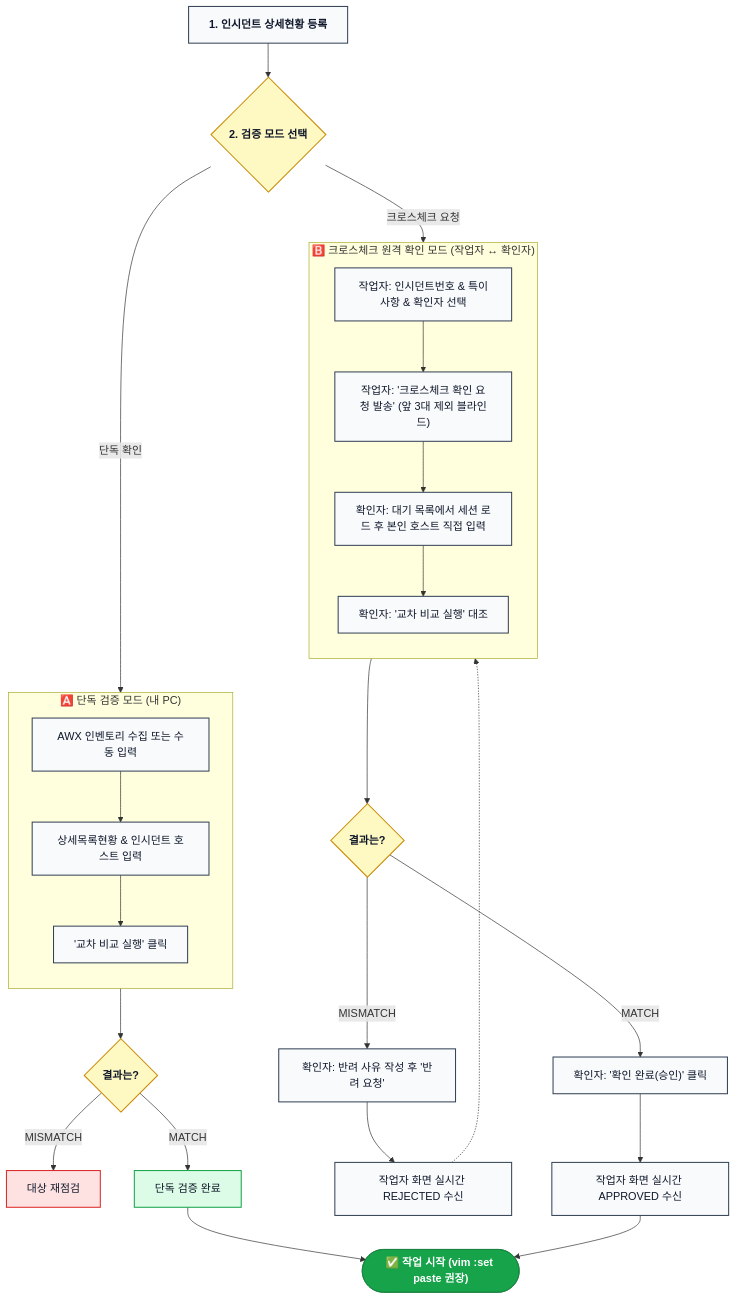
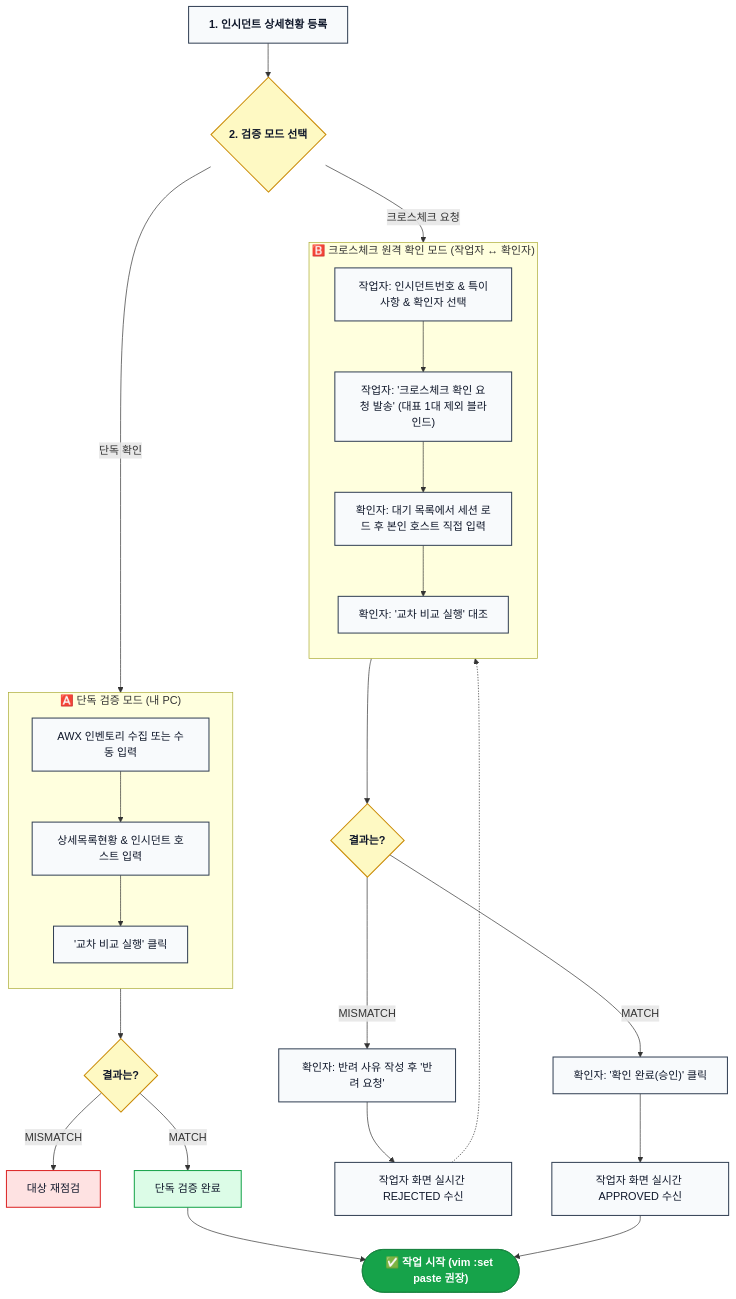
The diagram in README.md (qazx2675/myrepo), drawn with Mermaid before and after one commit. The commit also changed other lines of this file and 24 other files, not shown here.

````diff
--- a/README.md
+++ b/README.md
@@ -200,54 +203,54 @@
 ```mermaid
 flowchart TD
     S["<b>1. 인시던트 상세현황 등록</b>"] --> MODE{"<b>2. 검증 모드 선택</b>"}
 
     %% 단독 모드
     subgraph SINGLE ["🅰️ 단독 검증 모드 (내 PC)"]
         direction TB
         S1["AWX 인벤토리 수집 또는 수동 입력"]
         S2["상세목록현황 & 인시던트 호스트 입력"]
         S3["'교차 비교 실행' 클릭"]
         S1 --> S2 --> S3
     end
 
     %% 크로스체크 모드
     subgraph CROSS ["🅱️ 크로스체크 원격 확인 모드 (작업자 ↔ 확인자)"]
         direction TB
         C1["작업자: 인시던트번호 & 특이사항 & 확인자 선택"]
-        C2["작업자: '크로스체크 확인 요청 발송' (앞 3대 제외 블라인드)"]
+        C2["작업자: '크로스체크 확인 요청 발송' (대표 1대 제외 블라인드)"]
         C3["확인자: 대기 목록에서 세션 로드 후 본인 호스트 직접 입력"]
         C4["확인자: '교차 비교 실행' 대조"]
         C1 --> C2 --> C3 --> C4
     end
 
     MODE -->|"단독 확인"| S1
     MODE -->|"크로스체크 요청"| C1
 
     S3 --> RES1{"<b>결과는?</b>"}
     C4 --> RES2{"<b>결과는?</b>"}
 
     RES1 -->|"MISMATCH"| RETRY1["대상 재점검"]
     RES1 -->|"MATCH"| OK1["단독 검증 완료"]
 
     RES2 -->|"MISMATCH"| REJECT["확인자: 반려 사유 작성 후 '반려 요청'"]
     REJECT --> W_NOTIFY["작업자 화면 실시간 REJECTED 수신"]
     W_NOTIFY -.-> C1
 
     RES2 -->|"MATCH"| APPROVE["확인자: '확인 완료(승인)' 클릭"]
     APPROVE --> W_APPROVE["작업자 화면 실시간 APPROVED 수신"]
 
     OK1 --> DONE(["<b>✅ 작업 시작 (vim :set paste 권장)</b>"])
     W_APPROVE --> DONE
 
     classDef step fill:#f8fafc,stroke:#334155,stroke-width:1.5px,color:#0f172a
     classDef point fill:#fef9c3,stroke:#ca8a04,stroke-width:1.5px,color:#0f172a
     classDef match fill:#dcfce7,stroke:#16a34a,stroke-width:1.5px,color:#0f172a
     classDef mismatch fill:#fee2e2,stroke:#dc2626,stroke-width:1.5px,color:#0f172a
     classDef done fill:#16a34a,stroke:#15803d,color:#ffffff
 
     class S,S1,S2,S3,C1,C2,C3,C4,REJECT,W_NOTIFY,APPROVE,W_APPROVE step
     class MODE,RES1,RES2 point
     class OK1 match
     class RETRY1 mismatch
     class DONE done
 ```
````
